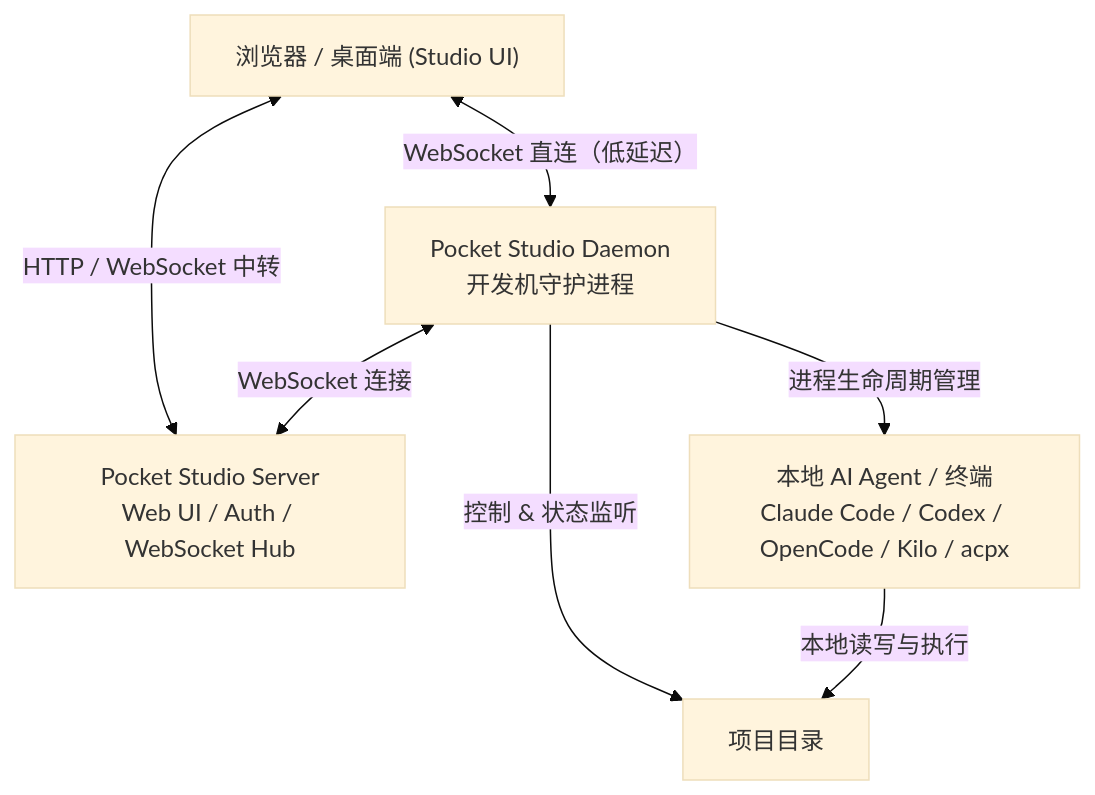
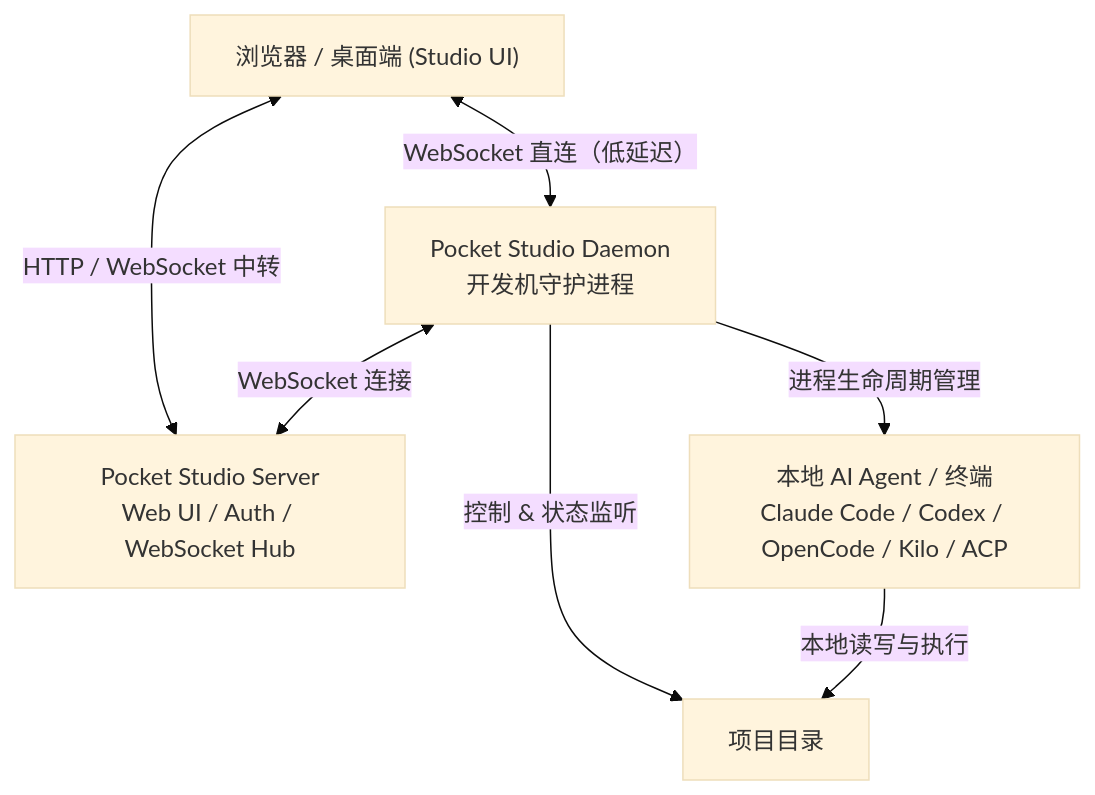
Before and after one commit to chocotan/pocket-studio: the diagram in README.md, drawn with Mermaid (base theme). The commit also changed other lines of this file and 75 other files, not shown here.

Commit message:
refactor: consolidate agent chat on direct ACP

````diff
--- a/README.md
+++ b/README.md
@@ -31,15 +31,15 @@
 ```mermaid
 flowchart TD
   user["浏览器 / 桌面端 (Studio UI)"]
   server["Pocket Studio Server<br/>Web UI / Auth / WebSocket Hub"]
   daemon["Pocket Studio Daemon<br/>开发机守护进程"]
   project["项目目录"]
-  agent["本地 AI Agent / 终端<br/>Claude Code / Codex / OpenCode / Kilo / acpx"]
+  agent["本地 AI Agent / 终端<br/>Claude Code / Codex / OpenCode / Kilo / ACP"]
 
   user <-->|HTTP / WebSocket 中转| server
   user <-->|"WebSocket 直连（低延迟）"| daemon
   daemon <-->|WebSocket 连接| server
   daemon -->|控制 & 状态监听| project
   daemon -->|进程生命周期管理| agent
   agent -->|本地读写与执行| project
 ```
````
